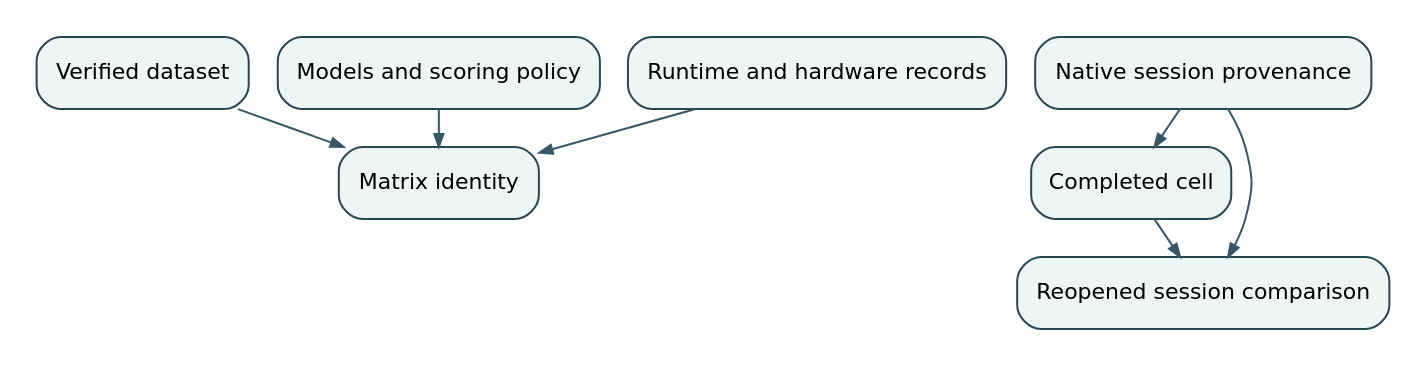
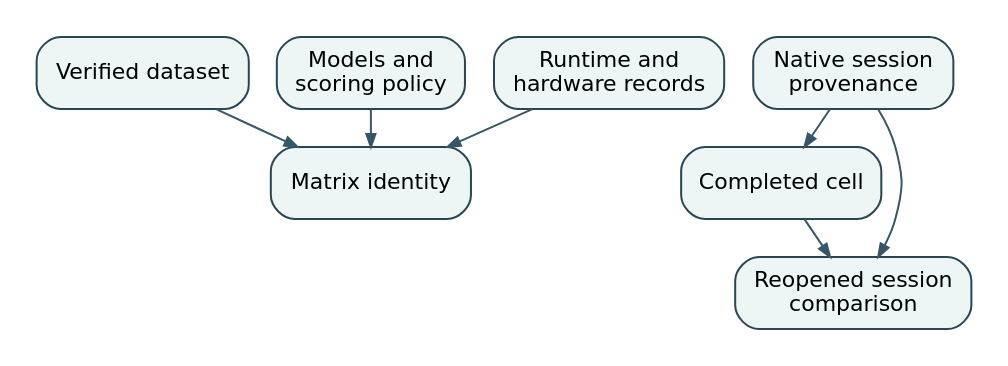
One commit to saprimad/redscribe changed the diagram in docs/scientific/figures/09.dot. Above: the diagram before and after it, drawn with Graphviz. The commit also changed 22 other files, not shown here.

```diff
--- a/docs/scientific/figures/09.dot
+++ b/docs/scientific/figures/09.dot
@@ -1,18 +1,18 @@
 digraph G {
 graph [rankdir=TB, bgcolor="white", pad="0.15", nodesep="0.20", ranksep="0.26"];
 node [shape=box,style="rounded,filled",color="#284755",fillcolor="#EDF5F5",fontname="DejaVu Sans",fontsize=11,margin="0.12,0.07"];
 edge [color="#365767",fontcolor="#243B49",fontname="DejaVu Sans",fontsize=10,arrowsize=0.65];
 n0 [label="Verified dataset"];
-n1 [label="Models and scoring policy"];
-n2 [label="Runtime and hardware records"];
+n1 [label="Models and\nscoring policy"];
+n2 [label="Runtime and\nhardware records"];
 n3 [label="Matrix identity"];
-n4 [label="Native session provenance"];
+n4 [label="Native session\nprovenance"];
 n5 [label="Completed cell"];
-n6 [label="Reopened session comparison"];
+n6 [label="Reopened session\ncomparison"];
 n0 -> n3;
 n1 -> n3;
 n2 -> n3;
 n4 -> n5;
 n5 -> n6;
 n4 -> n6;
 }
```
